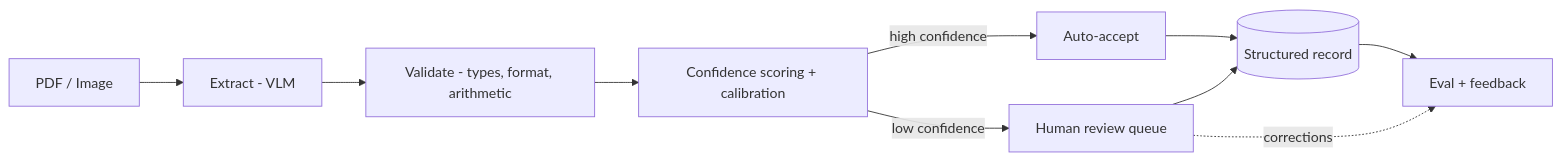
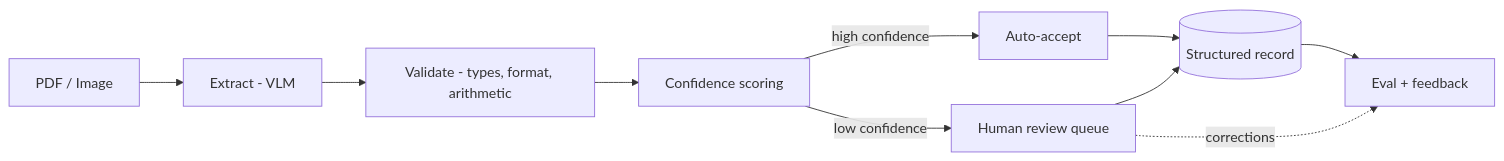
One commit to Gautamstar/distill changed the diagram in README.md. Above: the diagram before and after it, drawn with Mermaid. The commit also changed other lines of this file, not shown here.

````diff
--- a/README.md
+++ b/README.md
@@ -39,12 +39,12 @@
 ```mermaid
 flowchart LR
     A[PDF / Image] --> B[Extract - VLM]
     B --> C[Validate - types, format, arithmetic]
-    C --> D[Confidence scoring + calibration]
+    C --> D[Confidence scoring]
     D -->|high confidence| E[Auto-accept]
     D -->|low confidence| F[Human review queue]
     E --> G[(Structured record)]
     F --> G
     F -.corrections.-> H[Eval + feedback]
     G --> H
 ```
````
